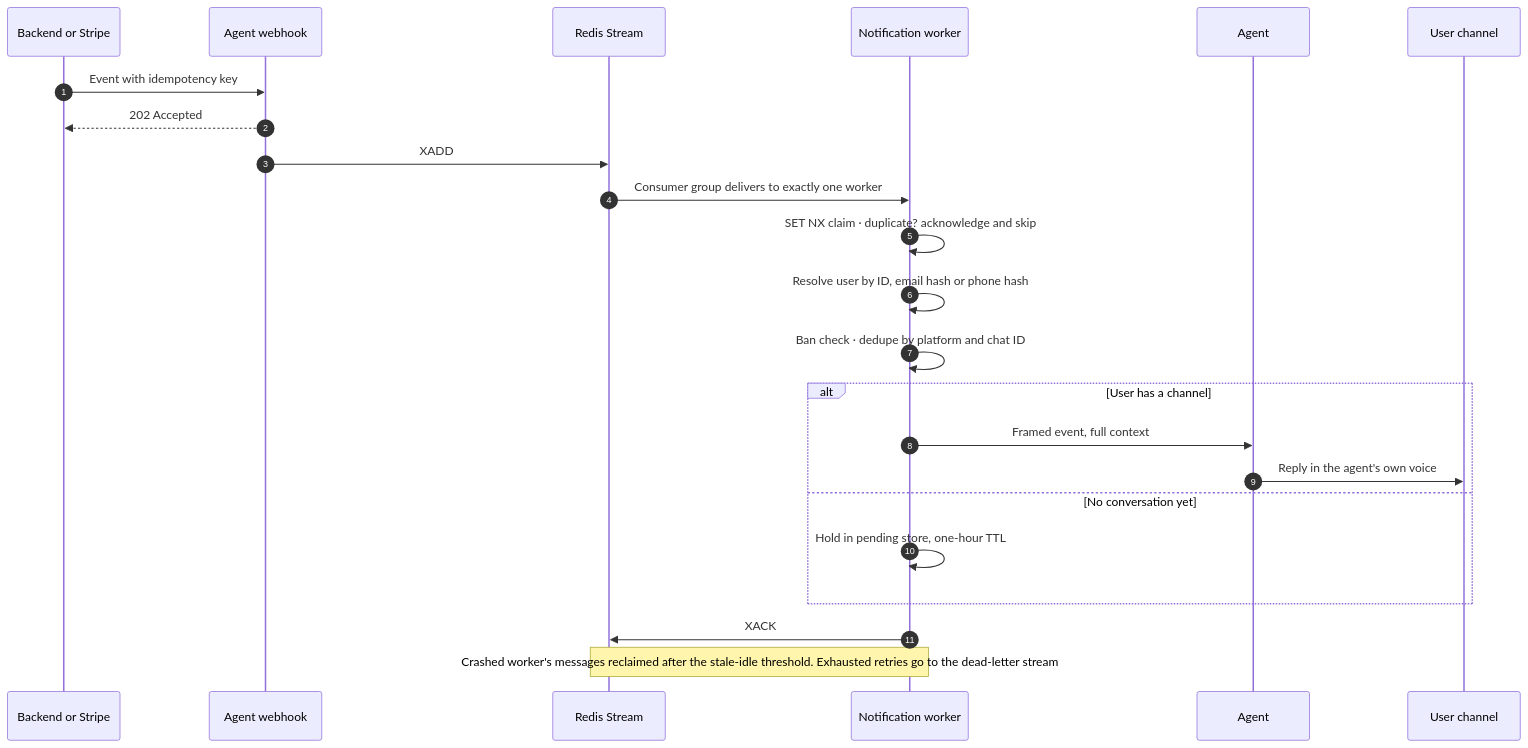
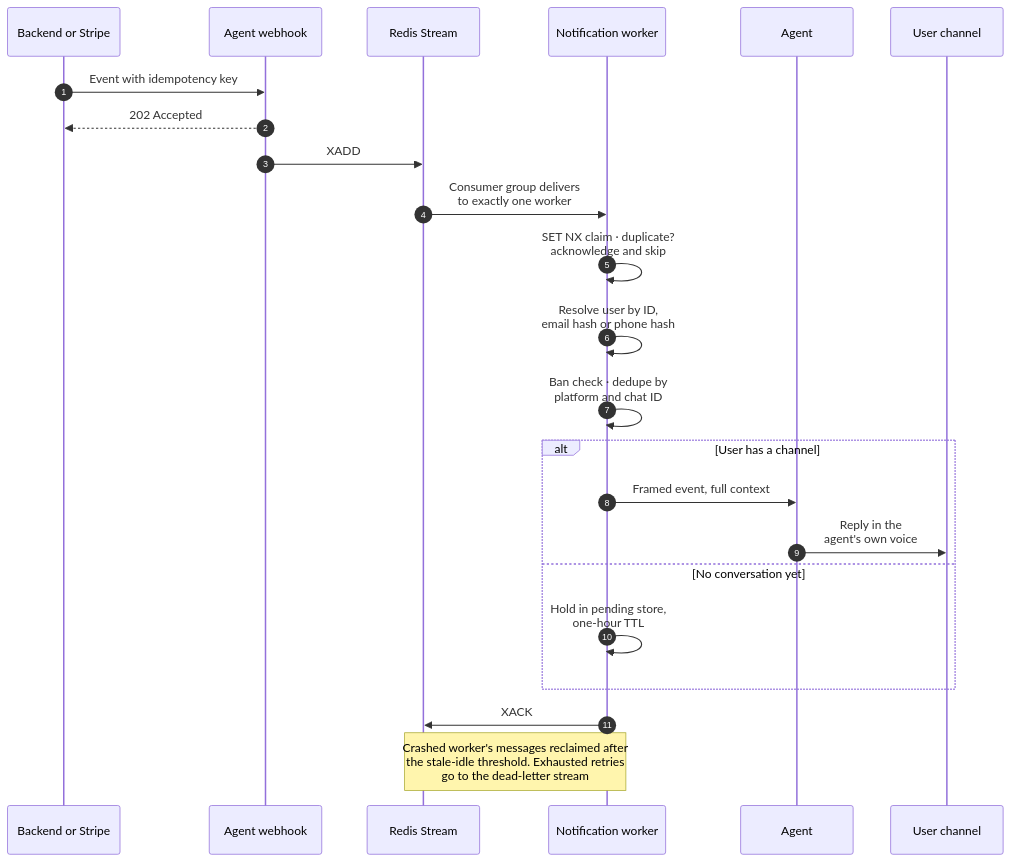
One commit to JoshPola96/enterprise-ai-agent-architecture-esim changed the second of 2 diagrams in docs/05-commerce.md. Above: the diagram before and after it, drawn with Mermaid. The commit also changed 7 other files, not shown here.

First line of the commit message:
Make the wide diagrams readable on phones and add lessons from the record

````diff
--- a/docs/05-commerce.md
+++ b/docs/05-commerce.md
@@ -84,26 +84,26 @@
 ```mermaid
 sequenceDiagram
     autonumber
     participant BE as Backend or Stripe
     participant WH as Agent webhook
     participant RS as Redis Stream
     participant W as Notification worker
     participant AG as Agent
     participant U as User channel
 
     BE->>WH: Event with idempotency key
     WH-->>BE: 202 Accepted
     WH->>RS: XADD
-    RS->>W: Consumer group delivers to exactly one worker
-    W->>W: SET NX claim · duplicate? acknowledge and skip
-    W->>W: Resolve user by ID, email hash or phone hash
-    W->>W: Ban check · dedupe by platform and chat ID
+    RS->>W: Consumer group delivers<br/>to exactly one worker
+    W->>W: SET NX claim · duplicate?<br/>acknowledge and skip
+    W->>W: Resolve user by ID,<br/>email hash or phone hash
+    W->>W: Ban check · dedupe by<br/>platform and chat ID
     alt User has a channel
         W->>AG: Framed event, full context
-        AG->>U: Reply in the agent's own voice
+        AG->>U: Reply in the<br/>agent's own voice
     else No conversation yet
-        W->>W: Hold in pending store, one-hour TTL
+        W->>W: Hold in pending store,<br/>one-hour TTL
     end
     W->>RS: XACK
-    Note over W,RS: Crashed worker's messages reclaimed after the stale-idle threshold. Exhausted retries go to the dead-letter stream
+    Note over W,RS: Crashed worker's messages reclaimed after<br/>the stale-idle threshold. Exhausted retries<br/>go to the dead-letter stream
 ```
````
